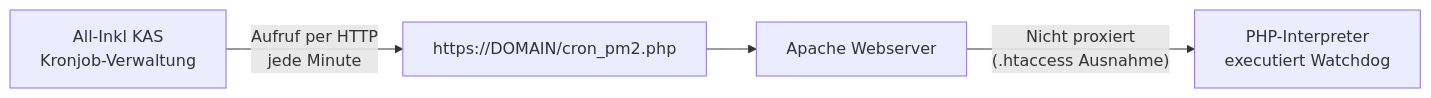
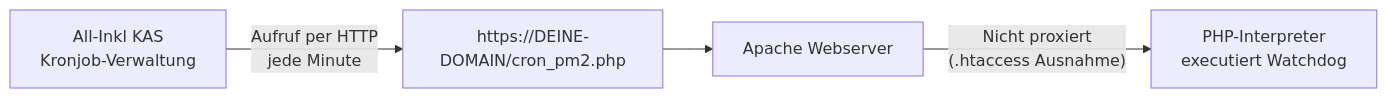
The fifth of 5 diagrams in myWebpage/Shared-Hosting--Node-js/All-Inkl-com/version1/content/docu/2026-05--18--node-js-pm2-shared-hosting/pm2-setup-all-inkl.mdx (CmdOptionBare/myProjekts), drawn with Mermaid before and after one commit. The commit also changed other lines of this file and 4 other files, not shown here.

Commit message:
docs: Stabilize and document dual-slot PM2 orchestrator on All-Inkl Shared Hosting

````diff
--- a/myWebpage/Shared-Hosting--Node-js/All-Inkl-com/version1/content/docu/2026-05--18--node-js-pm2-shared-hosting/pm2-setup-all-inkl.mdx
+++ b/myWebpage/Shared-Hosting--Node-js/All-Inkl-com/version1/content/docu/2026-05--18--node-js-pm2-shared-hosting/pm2-setup-all-inkl.mdx
@@ -277,6 +720,6 @@
 ```mermaid
 flowchart LR
-    K["All-Inkl KAS\nKronjob-Verwaltung"] -->|"Aufruf per HTTP\njede Minute"| U["https://DOMAIN/cron_pm2.php"]
+    K["All-Inkl KAS\nKronjob-Verwaltung"] -->|"Aufruf per HTTP\njede Minute"| U["https://DEINE-DOMAIN/cron_pm2.php"]
     U --> A["Apache Webserver"]
     A -->|"Nicht proxiert\n(.htaccess Ausnahme)"| P["PHP-Interpreter\nexecutiert Watchdog"]
 ```
````
